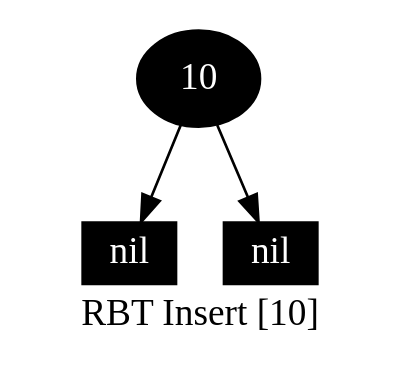
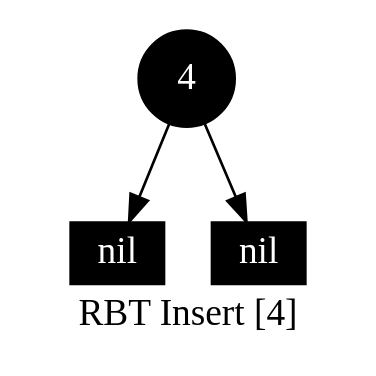
The diagram in 14/impl/cmake-build-debug/gv_files/dump_#_0001.gv (Sinopsys/DS-A-Assignments), drawn with Graphviz before and after one commit. The commit also changed 101 other files, not shown here.

```diff
--- a/14/impl/cmake-build-debug/gv_files/dump_#_0001.gv
+++ b/14/impl/cmake-build-debug/gv_files/dump_#_0001.gv
@@ -1,9 +1,9 @@
 digraph G {
-    label="RBT Insert [10]";
+    label="RBT Insert [4]";
     node [width=0.5,fontcolor=white,style=filled];
-    10 [fillcolor=black]
-    10 -> NULLl10
-    NULLl10 [label="nil",width=0.3,height=0.2,shape=box,fillcolor=black]
-    10 -> NULLr10
-    NULLr10 [label="nil",width=0.3,height=0.2,shape=box,fillcolor=black]
+    4 [fillcolor=black]
+    4 -> NULLl4
+    NULLl4 [label="nil",width=0.3,height=0.2,shape=box,fillcolor=black]
+    4 -> NULLr4
+    NULLr4 [label="nil",width=0.3,height=0.2,shape=box,fillcolor=black]
 }
```
